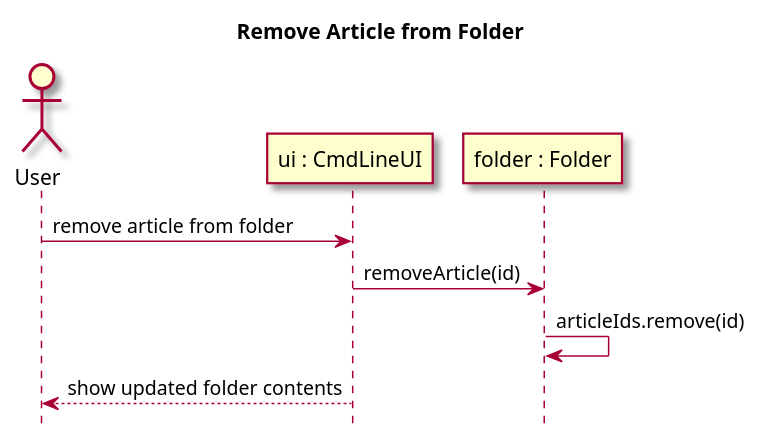
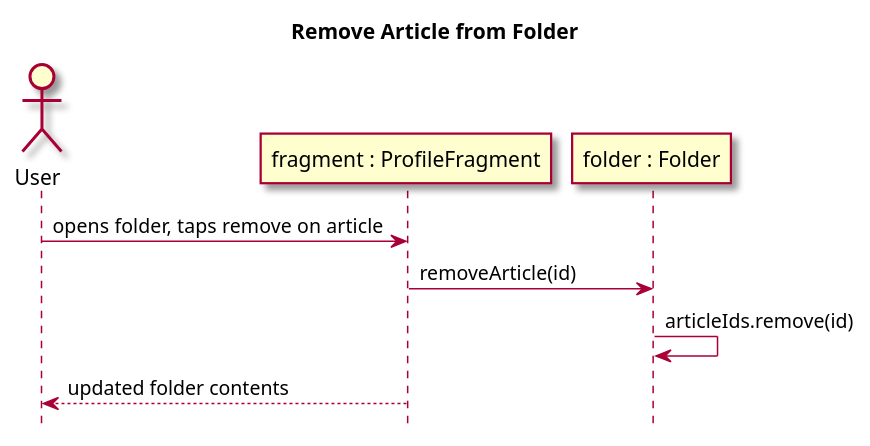
One commit to owhitleym-ui/EcoScoop changed the third of 3 diagrams in intellij/doc/use-cases/save-article.md. Above: the diagram before and after it, drawn with PlantUML. The commit also changed other lines of this file and 12 other files, not shown here.

Commit message:
Updated documentation, class diagram, use cases, and readme

````diff
--- a/intellij/doc/use-cases/save-article.md
+++ b/intellij/doc/use-cases/save-article.md
@@ -117,17 +94,17 @@
 ```plantuml
 @startuml
 skin rose
 hide footbox
 title Remove Article from Folder
 
 actor User as user
-participant "ui : CmdLineUI" as UI
+participant "fragment : ProfileFragment" as UI
 participant "folder : Folder" as F
 
-user -> UI : remove article from folder
+user -> UI : opens folder, taps remove on article
 UI -> F : removeArticle(id)
 F -> F : articleIds.remove(id)
-UI --> user : show updated folder contents
+UI --> user : updated folder contents
 
 @enduml
 ```
````
